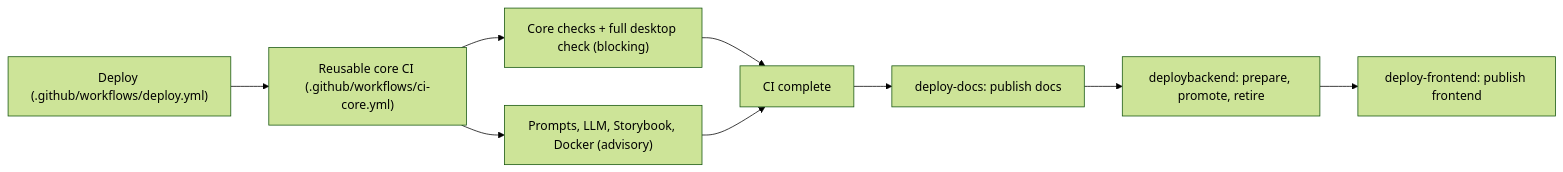
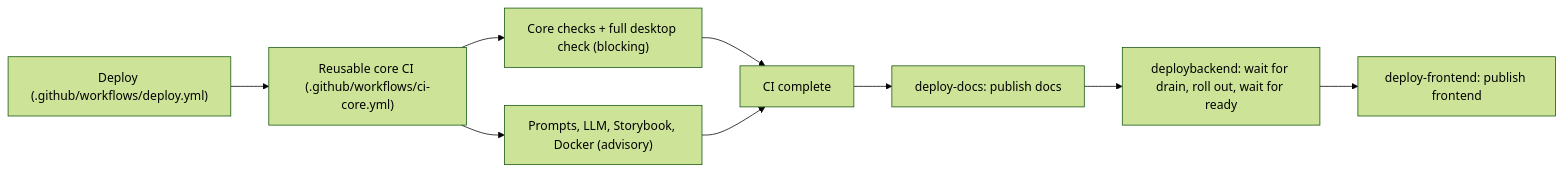
Before and after one commit to Chronote-gg/Chronote: the fourth of 4 diagrams in README.md, drawn with Mermaid (forest theme). The commit also changed other lines of this file and 926 other files, not shown here.

````diff
--- a/README.md
+++ b/README.md
@@ -159,11 +163,11 @@
 ```mermaid
 flowchart LR
   A["Deploy (.github/workflows/deploy.yml)"] --> B["Reusable core CI (.github/workflows/ci-core.yml)"]
   B --> C["Core checks + full desktop check (blocking)"]
   B --> D["Prompts, LLM, Storybook, Docker (advisory)"]
   C --> Z["CI complete"]
   D --> Z
   Z --> K["deploy-docs: publish docs"]
-  K --> L["deploybackend: prepare, promote, retire"]
+  K --> L["deploybackend: wait for drain, roll out, wait for ready"]
   L --> J["deploy-frontend: publish frontend"]
 ```
````
